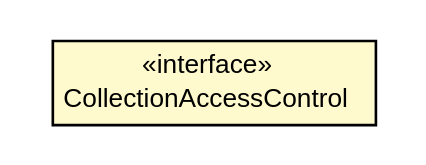
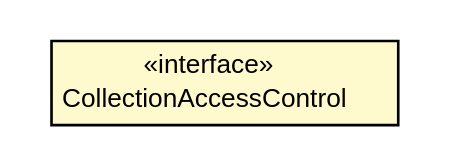
The diagram in doxdb-rest/apidocs/net/trajano/doxdb/ext/CollectionAccessControl.dot (trajano/doxdb), drawn with Graphviz before and after one commit. The commit also changed 313 other files, not shown here.

```diff
--- a/doxdb-rest/apidocs/net/trajano/doxdb/ext/CollectionAccessControl.dot
+++ b/doxdb-rest/apidocs/net/trajano/doxdb/ext/CollectionAccessControl.dot
@@ -1,19 +1,19 @@
 #!/usr/local/bin/dot
 #
 # Class diagram 
 # Generated by UMLGraph version R5_6-24-gf6e263 (http://www.umlgraph.org/)
 #
 
 digraph G {
-	edge [fontname="arial",fontsize=10,labelfontname="arial",labelfontsize=10];
-	node [fontname="arial",fontsize=10,shape=plaintext];
+	edge [fontname="Helvetica",fontsize=10,labelfontname="Helvetica",labelfontsize=10];
+	node [fontname="Helvetica",fontsize=10,shape=plaintext];
 	nodesep=0.25;
 	ranksep=0.5;
 	// net.trajano.doxdb.ext.CollectionAccessControl
-	c322 [label=<<table title="net.trajano.doxdb.ext.CollectionAccessControl" border="0" cellborder="1" cellspacing="0" cellpadding="2" port="p" bgcolor="lemonChiffon" href="./CollectionAccessControl.html">
+	c339 [label=<<table title="net.trajano.doxdb.ext.CollectionAccessControl" border="0" cellborder="1" cellspacing="0" cellpadding="2" port="p" bgcolor="lemonChiffon" href="./CollectionAccessControl.html">
 		<tr><td><table border="0" cellspacing="0" cellpadding="1">
 <tr><td align="center" balign="center"> &#171;interface&#187; </td></tr>
 <tr><td align="center" balign="center"> CollectionAccessControl </td></tr>
 		</table></td></tr>
-		</table>>, URL="./CollectionAccessControl.html", fontname="arial", fontcolor="black", fontsize=10.0];
+		</table>>, URL="./CollectionAccessControl.html", fontname="Helvetica", fontcolor="black", fontsize=10.0];
 }
```
